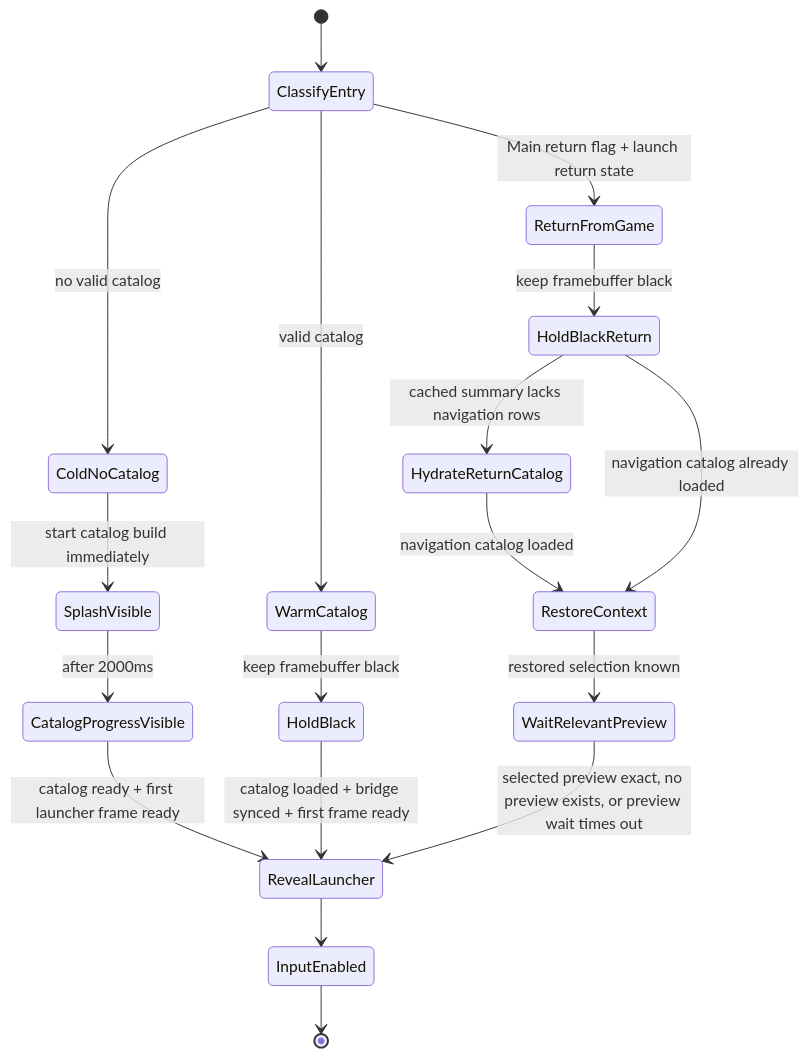
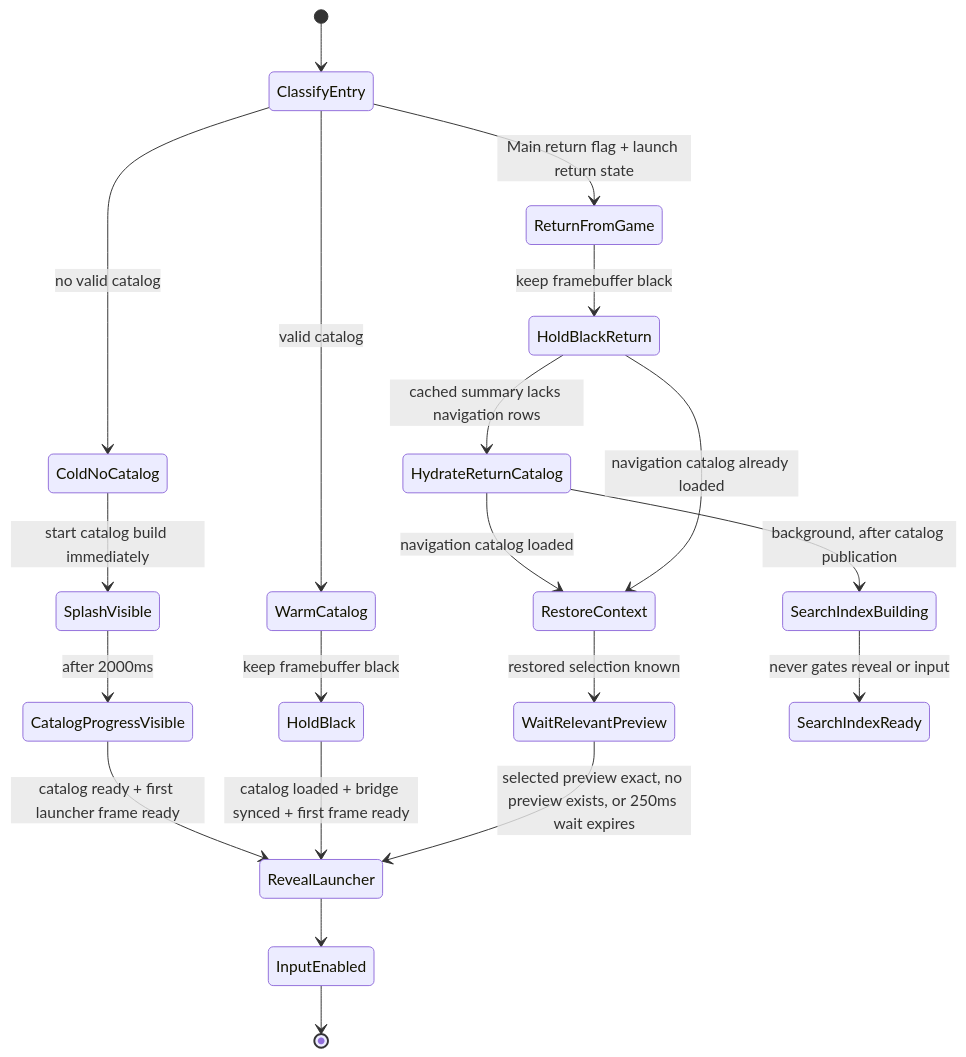
Before and after one commit to NigelBreslaw/MiSTer-MagiK: the second of 3 diagrams in docs/architecture.md, drawn with Mermaid. The commit also changed other lines of this file and 21 other files, not shown here.

Commit message:
Move search indexing off launcher critical path

````diff
--- a/docs/architecture.md
+++ b/docs/architecture.md
@@ -249,25 +249,28 @@
 ```mermaid
 stateDiagram-v2
     [*] --> ClassifyEntry
 
     ClassifyEntry --> ColdNoCatalog: no valid catalog
     ClassifyEntry --> WarmCatalog: valid catalog
     ClassifyEntry --> ReturnFromGame: Main return flag + launch return state
 
     ColdNoCatalog --> SplashVisible: start catalog build immediately
     SplashVisible --> CatalogProgressVisible: after 2000ms
     CatalogProgressVisible --> RevealLauncher: catalog ready + first launcher frame ready
 
     WarmCatalog --> HoldBlack: keep framebuffer black
     HoldBlack --> RevealLauncher: catalog loaded + bridge synced + first frame ready
 
     ReturnFromGame --> HoldBlackReturn: keep framebuffer black
     HoldBlackReturn --> HydrateReturnCatalog: cached summary lacks navigation rows
     HydrateReturnCatalog --> RestoreContext: navigation catalog loaded
     HoldBlackReturn --> RestoreContext: navigation catalog already loaded
     RestoreContext --> WaitRelevantPreview: restored selection known
-    WaitRelevantPreview --> RevealLauncher: selected preview exact, no preview exists, or preview wait times out
+    WaitRelevantPreview --> RevealLauncher: selected preview exact, no preview exists, or 250ms wait expires
+
+    HydrateReturnCatalog --> SearchIndexBuilding: background, after catalog publication
+    SearchIndexBuilding --> SearchIndexReady: never gates reveal or input
 
     RevealLauncher --> InputEnabled
     InputEnabled --> [*]
 ```
````
